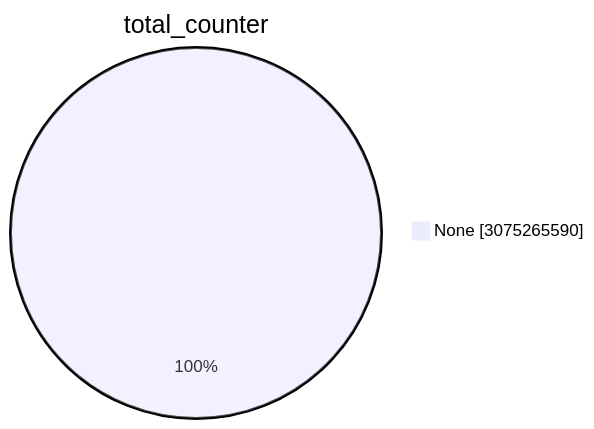
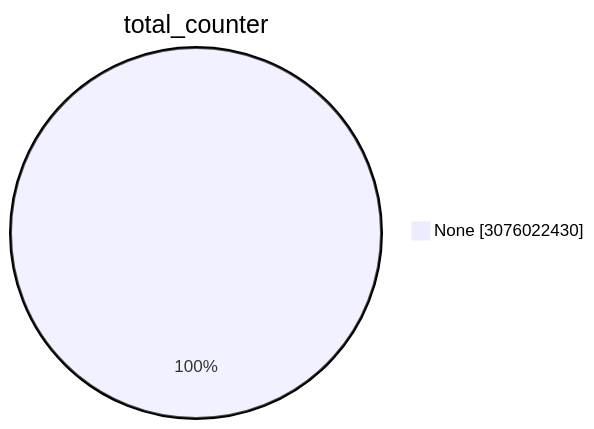
The first of 15 diagrams in TOTAL/README.md (christiankrug/ctmonitor_visualization), drawn with Mermaid before and after one commit. The commit also changed other lines of this file, not shown here.

````diff
--- a/TOTAL/README.md
+++ b/TOTAL/README.md
@@ -1,5 +1,5 @@
 ```mermaid
 pie showData
 title total_counter
-"None" :3075265590
+"None" :3076022430
 ```
````
